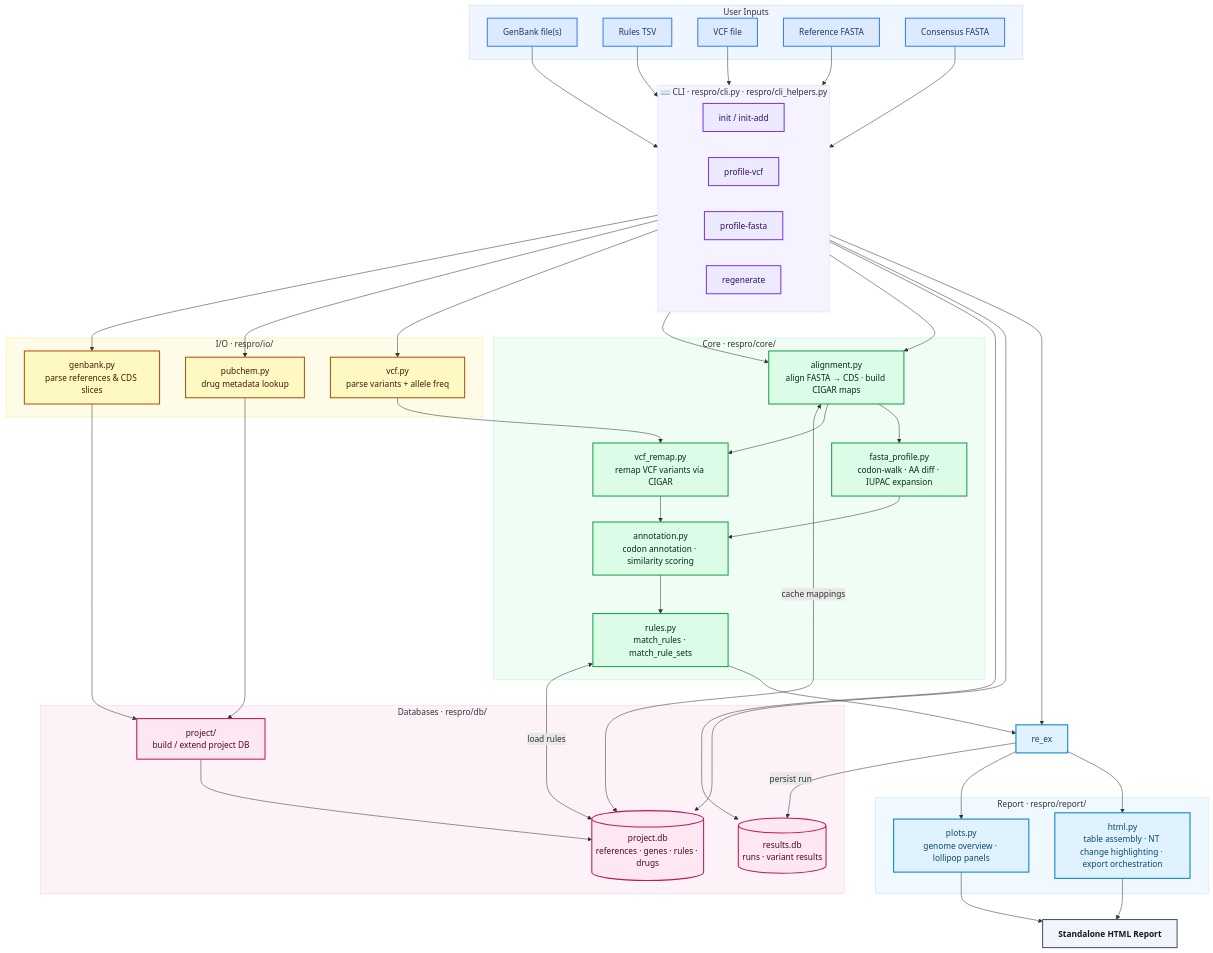
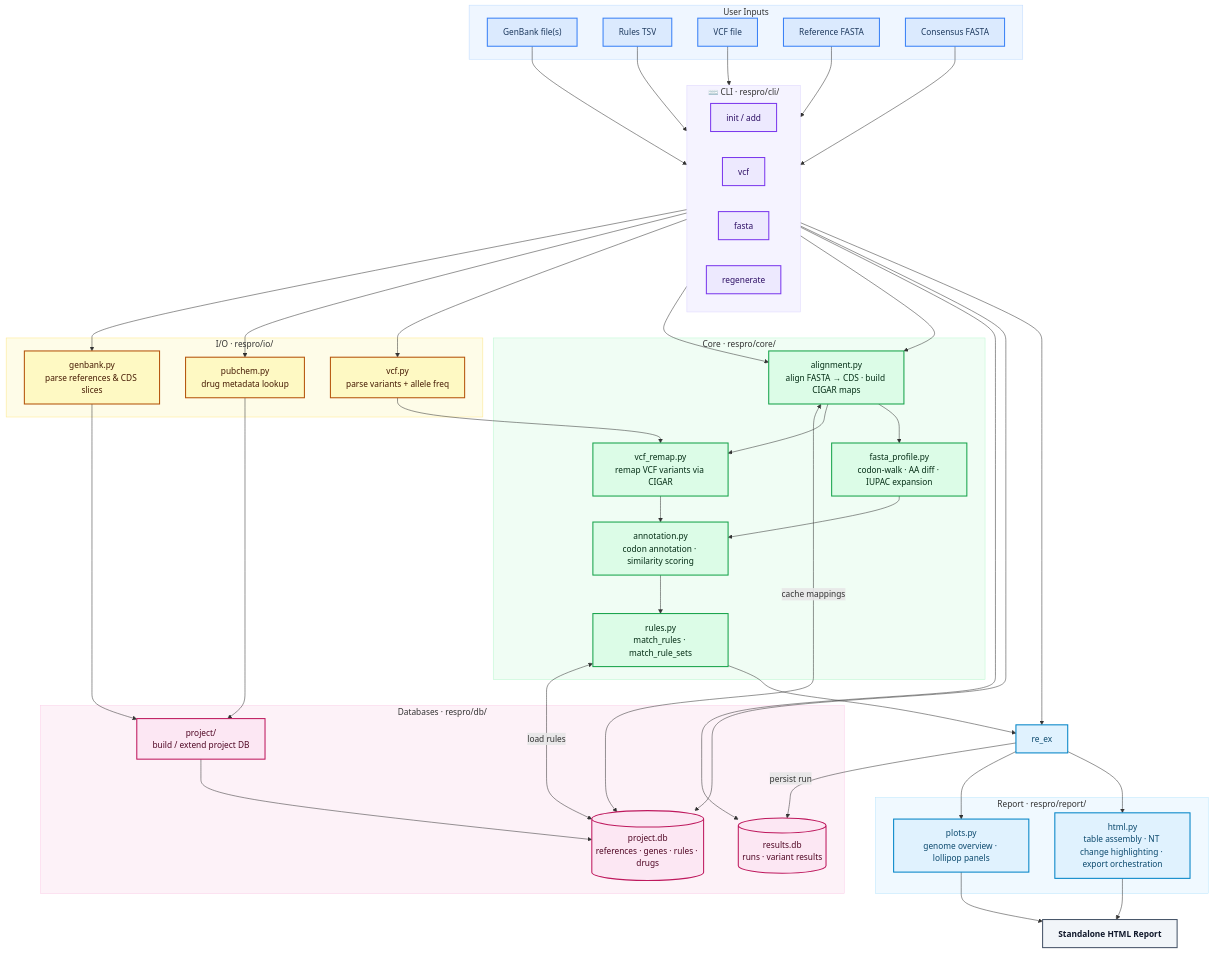
One commit to the-foxlab/ResistanceProfiler changed the diagram in docs/project-structure.md. Above: the diagram before and after it, drawn with Mermaid. The commit also changed other lines of this file and 31 other files, not shown here.

```diff
--- a/docs/project-structure.md
+++ b/docs/project-structure.md
@@ -70,11 +78,11 @@
     end
 
     %% ── CLI layer ────────────────────────────────────────────────────
-    subgraph CLI["⌨️  CLI  ·  respro/cli.py · respro/cli_helpers.py"]
+    subgraph CLI["⌨️  CLI  ·  respro/cli/"]
         direction LR
-        c_init["init / init-add"]
-        c_pvcf["profile-vcf"]
-        c_pfas["profile-fasta"]
+        c_init["init / add"]
+        c_pvcf["vcf"]
+        c_pfas["fasta"]
         c_regen["regenerate"]
     end
 
@@ -114,7 +122,7 @@
     c_init --> io_gb & io_pc
     io_gb & io_pc --> db_ip --> db_pj
 
-    %% ── profile-vcf pipeline ─────────────────────────────────────────
+    %% ── vcf pipeline ─────────────────────────────────────────────────
     i_vcf & i_rfasta --> c_pvcf
     c_pvcf --> io_vcf --> co_pr
     c_pvcf --> co_sm
@@ -122,7 +130,7 @@
     co_sm --> co_pr
     co_pr --> co_an
 
-    %% ── profile-fasta pipeline ───────────────────────────────────────
+    %% ── fasta pipeline ───────────────────────────────────────────────
     i_cfasta --> c_pfas --> co_sm
     co_sm --> co_fp --> co_an
 
```
